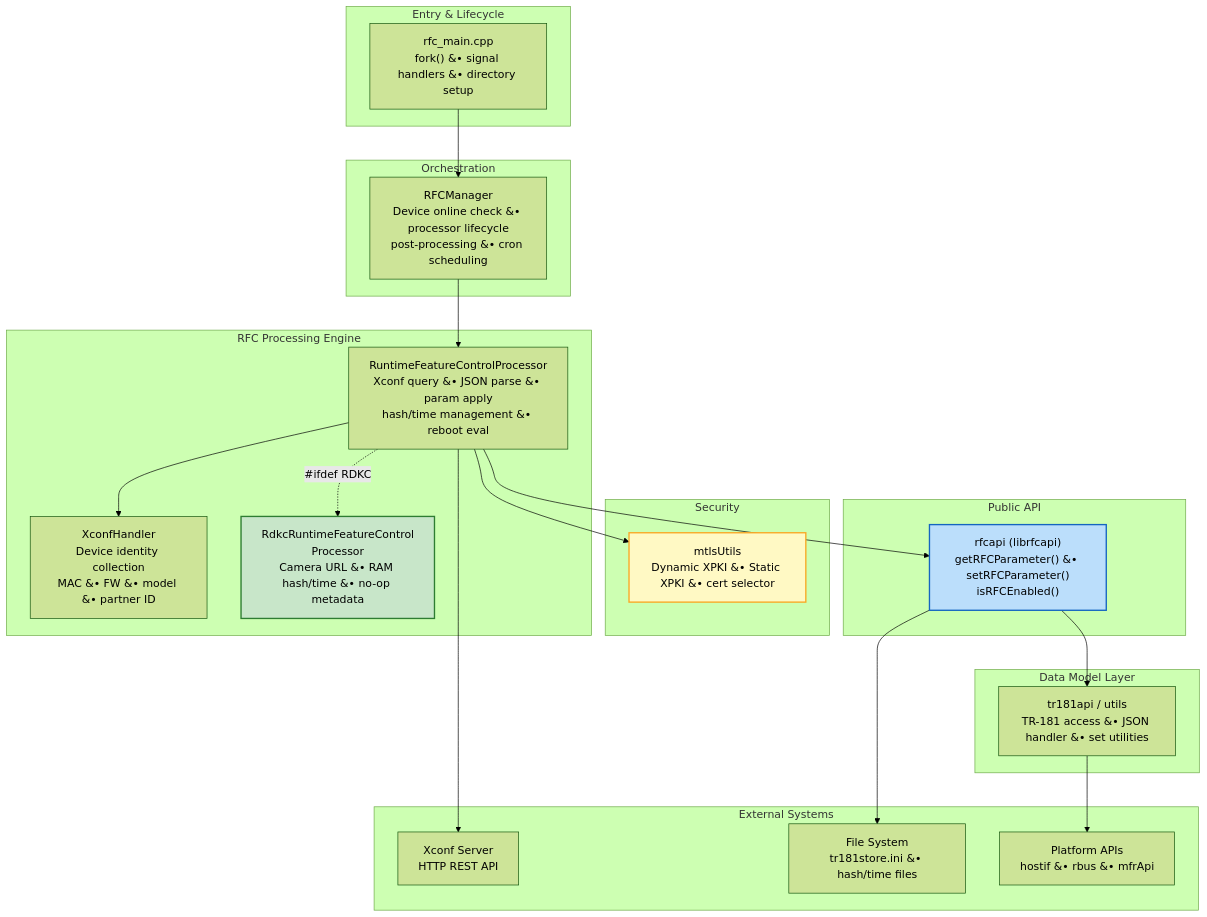
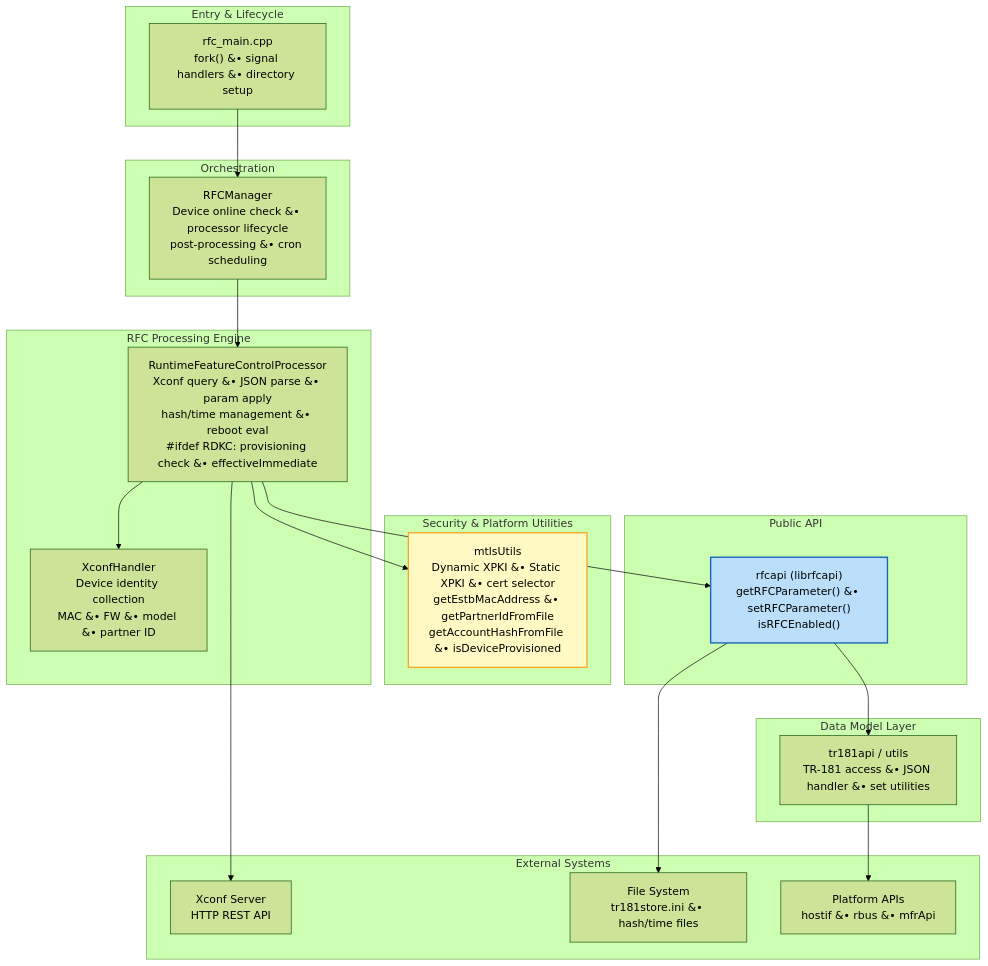
One commit to rdkcentral/rfc changed the first of 6 diagrams in docs/architecture.md. Above: the diagram before and after it, drawn with Mermaid (forest theme). The commit also changed other lines of this file and 3 other files, not shown here.

````diff
--- a/docs/architecture.md
+++ b/docs/architecture.md
@@ -24,49 +24,46 @@
 ```mermaid
 graph TD
     subgraph "Entry & Lifecycle"
         A["rfc_main.cpp<br/>fork() &#8226; signal handlers &#8226; directory setup"]
     end
 
     subgraph "Orchestration"
         B["RFCManager<br/>Device online check &#8226; processor lifecycle<br/>post-processing &#8226; cron scheduling"]
     end
 
     subgraph "RFC Processing Engine"
         C["XconfHandler<br/>Device identity collection<br/>MAC &#8226; FW &#8226; model &#8226; partner ID"]
-        D["RuntimeFeatureControlProcessor<br/>Xconf query &#8226; JSON parse &#8226; param apply<br/>hash/time management &#8226; reboot eval"]
-        E["RdkcRuntimeFeatureControl<br/>Processor<br/>Camera URL &#8226; RAM hash/time &#8226; no-op metadata"]
+        D["RuntimeFeatureControlProcessor<br/>Xconf query &#8226; JSON parse &#8226; param apply<br/>hash/time management &#8226; reboot eval<br/>#ifdef RDKC: provisioning check &#8226; effectiveImmediate"]
     end
 
-    subgraph "Security"
-        F["mtlsUtils<br/>Dynamic XPKI &#8226; Static XPKI &#8226; cert selector"]
+    subgraph "Security & Platform Utilities"
+        F["mtlsUtils<br/>Dynamic XPKI &#8226; Static XPKI &#8226; cert selector<br/>getEstbMacAddress &#8226; getPartnerIdFromFile<br/>getAccountHashFromFile &#8226; isDeviceProvisioned"]
     end
 
     subgraph "Public API"
         G["rfcapi (librfcapi)<br/>getRFCParameter() &#8226; setRFCParameter()<br/>isRFCEnabled()"]
     end
 
     subgraph "Data Model Layer"
         H["tr181api / utils<br/>TR-181 access &#8226; JSON handler &#8226; set utilities"]
     end
 
     subgraph "External Systems"
         I["Xconf Server<br/>HTTP REST API"]
         J["File System<br/>tr181store.ini &#8226; hash/time files"]
         K["Platform APIs<br/>hostif &#8226; rbus &#8226; mfrApi"]
     end
 
     A --> B
     B --> D
     D --> C
-    D -.->|"#ifdef RDKC"| E
     D --> F
     D --> I
     D --> G
     G --> J
     G --> H
     H --> K
 
-    style E fill:#c8e6c9,stroke:#2e7d32,stroke-width:2px
     style F fill:#fff9c4,stroke:#f9a825,stroke-width:2px
     style G fill:#bbdefb,stroke:#1565c0,stroke-width:2px
 ```
````
